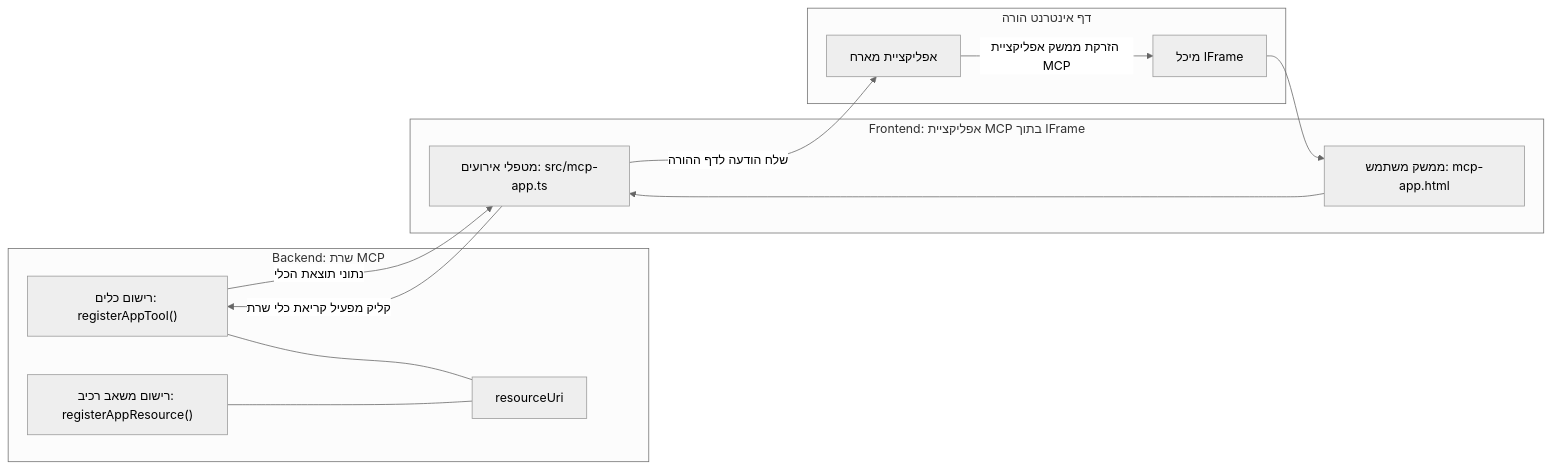
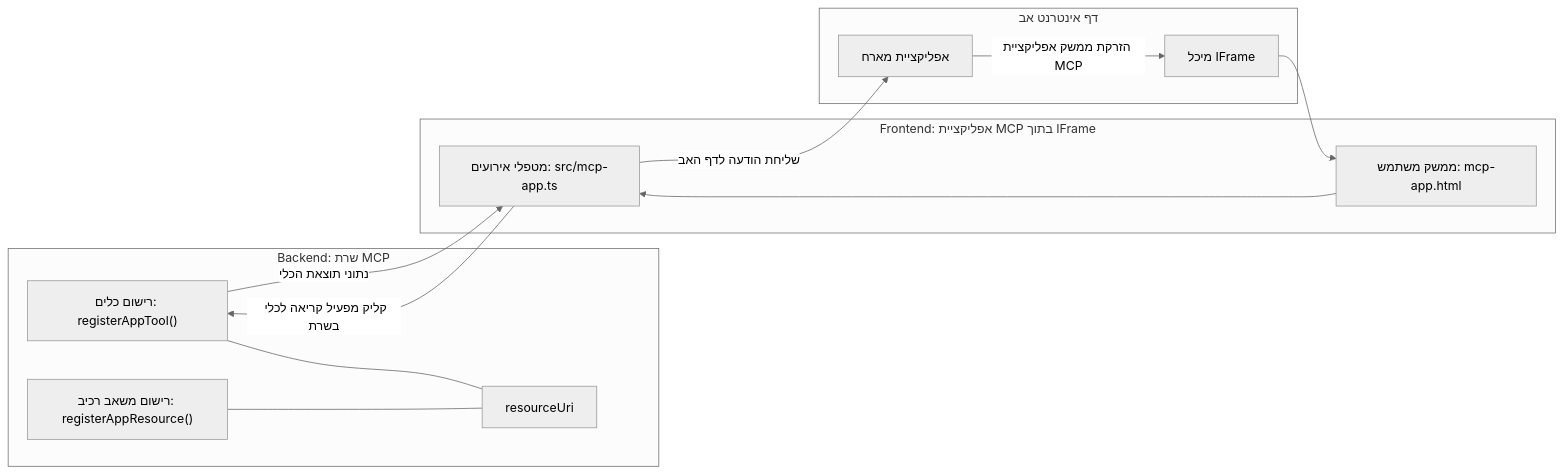
One commit to HIDORAKAI002/ai-workspace-archive changed the diagram in mcp_ecosystem__model_context_protocol/mcp_learning_resources/mcp-for-beginners/translations/he/03-GettingStarted/15-mcp-apps/README.md. Above: the diagram before and after it, drawn with Mermaid (neutral theme). The commit also changed other lines of this file and 1160 other files, not shown here.

````diff
--- a/mcp_ecosystem__model_context_protocol/mcp_learning_resources/mcp-for-beginners/translations/he/03-GettingStarted/15-mcp-apps/README.md
+++ b/mcp_ecosystem__model_context_protocol/mcp_learning_resources/mcp-for-beginners/translations/he/03-GettingStarted/15-mcp-apps/README.md
@@ -32,27 +32,27 @@
 ```mermaid
 flowchart LR
   subgraph Backend[Backend: שרת MCP]
     T["רישום כלים: registerAppTool()"]
     C["רישום משאב רכיב: registerAppResource()"]
     U[resourceUri]
     T --- U
     C --- U
   end
 
-  subgraph Parent[דף אינטרנט הורה]
+  subgraph Parent[דף אינטרנט אב]
     H[אפליקציית מארח]
     IFRAME[מיכל IFrame]
     H -->|הזרקת ממשק אפליקציית MCP| IFRAME
   end
 
   subgraph Frontend[Frontend: אפליקציית MCP בתוך IFrame]
     UI["ממשק משתמש: mcp-app.html"]
     EH["מטפלי אירועים: src/mcp-app.ts"]
     UI --> EH
   end
 
   IFRAME --> UI
-  EH -->|קליק מפעיל קריאת כלי שרת| T
+  EH -->|קליק מפעיל קריאה לכלי בשרת| T
   T -->|נתוני תוצאת הכלי| EH
-  EH -->|שלח הודעה לדף ההורה| H
+  EH -->|שליחת הודעה לדף האב| H
 ```
````
